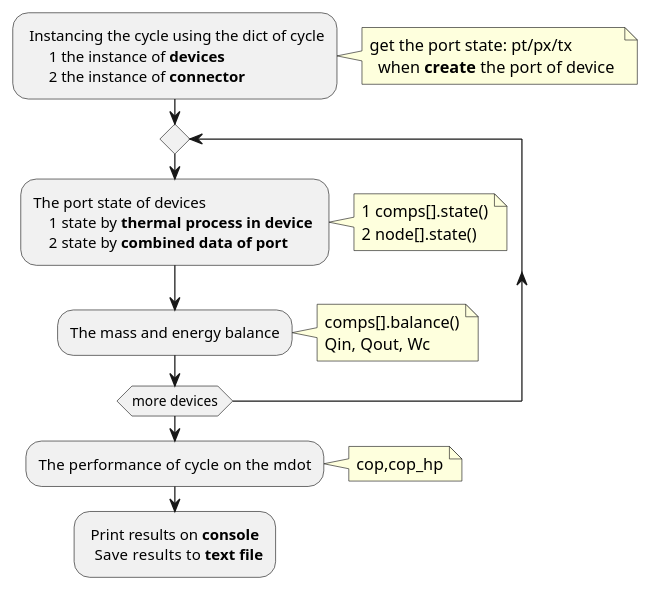
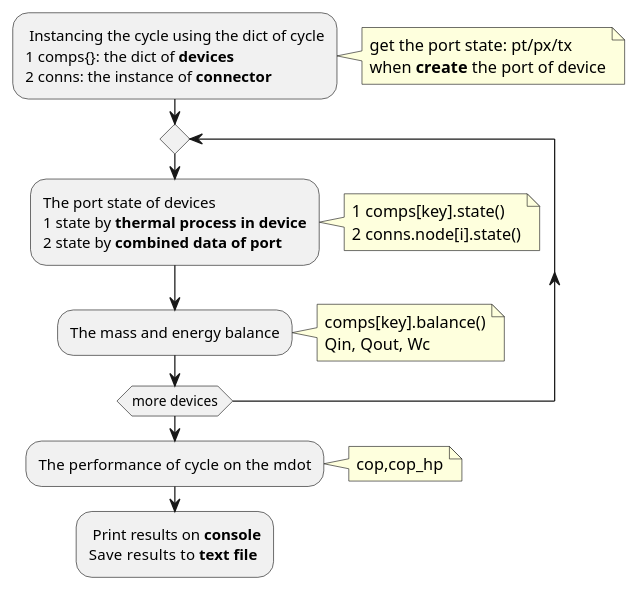
Before and after one commit to thermalogic/SimVCCE: the diagram in doc/uml/puml/vcc-flowchart.puml, drawn with PlantUML. The commit also changed other lines of this file and 39 other files, not shown here.

```diff
--- a/doc/uml/puml/vcc-flowchart.puml
+++ b/doc/uml/puml/vcc-flowchart.puml
@@ -1,27 +2,29 @@
-: Instancing the cycle using the dict of cycle 
-      1 the instance of **devices**    
-      2 the instance of **connector**;
+@startuml
+: Instancing the cycle using the dict of cycle
+1 comps{}: the dict of **devices**
+2 conns: the instance of **connector**;
 note right
-    get the port state: pt/px/tx 
-      when **create** the port of device 
+    get the port state: pt/px/tx
+    when **create** the port of device
 end note
 repeat
-:The port state of devices
-    1 state by **thermal process in device** 
+    :The port state of devices
+    1 state by **thermal process in device**
     2 state by **combined data of port**;
-note right
-    1 comps[].state()
-    2 node[].state()
-end note
-:The mass and energy balance;
-note right
-    comps[].balance()
-    Qin, Qout, Wc
-end note
+    note right
+        1 comps[key].state()
+        2 conns.node[i].state()
+    end note
+    :The mass and energy balance;
+    note right
+        comps[key].balance()
+        Qin, Qout, Wc
+    end note
 repeat while (more devices)
 :The performance of cycle  on the mdot;
 note right
     cop,cop_hp
 end note
-: Print results on **console**  
-  Save  results to **text file**;
+: Print results on **console**
+Save  results to **text file**;
+@enduml
```
